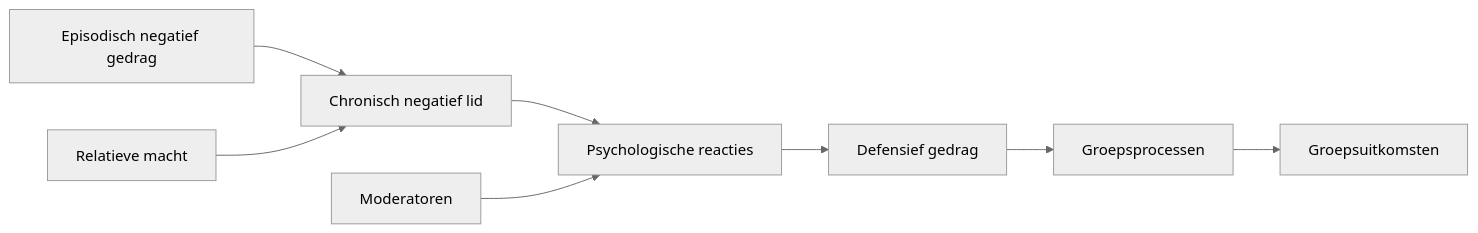
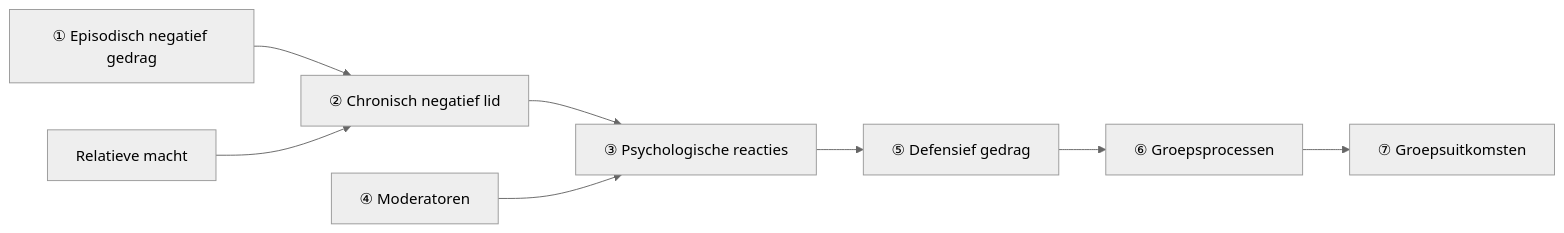
One commit to johantre/ai-value-flow-lab changed the second of 2 diagrams in articles/felps-mitchell-byington-how-when-why-bad-apples-2006.md. Above: the diagram before and after it, drawn with Mermaid (neutral theme). The commit also changed other lines of this file, not shown here.

Commit message:
Add step 1 & 2 explanations and restore circled numbers in causal model diagram

````diff
--- a/articles/felps-mitchell-byington-how-when-why-bad-apples-2006.md
+++ b/articles/felps-mitchell-byington-how-when-why-bad-apples-2006.md
@@ -81,10 +81,10 @@
 ```mermaid
 graph LR
-    A[Episodisch negatief gedrag] --> B[Chronisch negatief lid]
-    B --> C[Psychologische reacties]
-    C --> D[Defensief gedrag]
-    D --> E[Groepsprocessen]
-    E --> F[Groepsuitkomsten]
-    G[Moderatoren] --> C
+    A[① Episodisch negatief gedrag] --> B[② Chronisch negatief lid]
+    B --> C[③ Psychologische reacties]
+    C --> D[⑤ Defensief gedrag]
+    D --> E[⑥ Groepsprocessen]
+    E --> F[⑦ Groepsuitkomsten]
+    G[④ Moderatoren] --> C
     H[Relatieve macht] --> B
 ```
````
